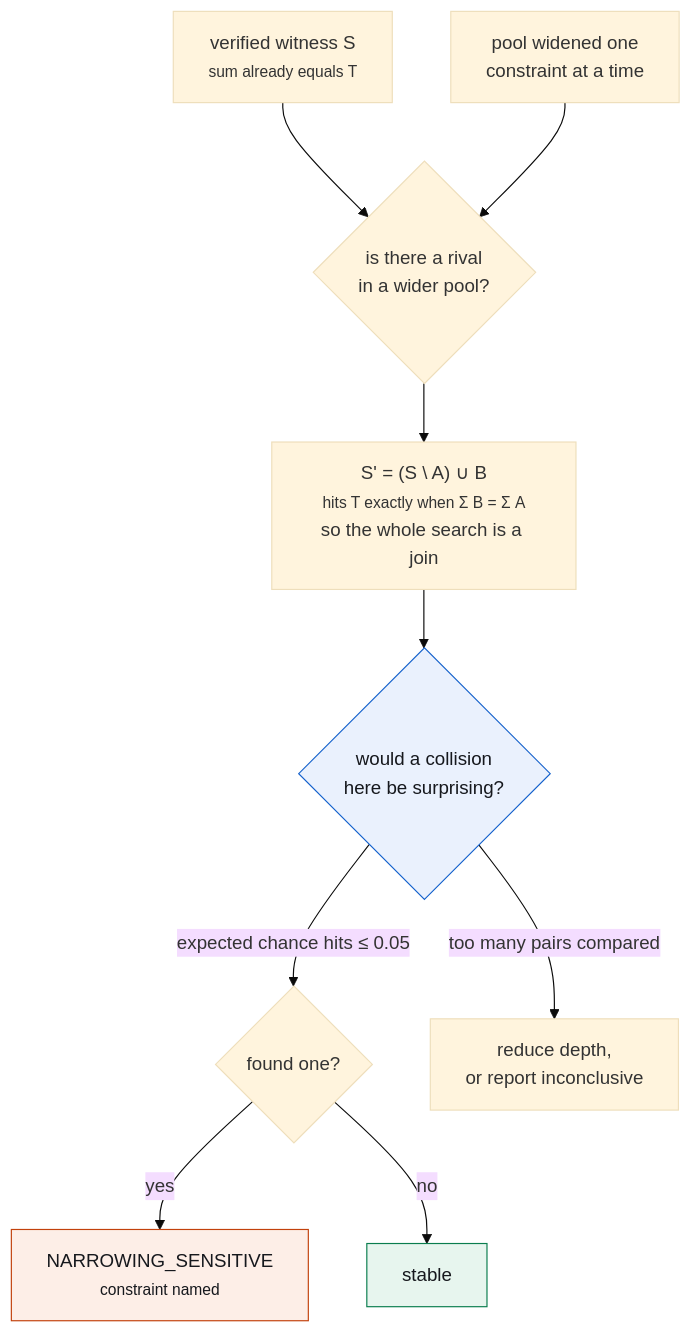
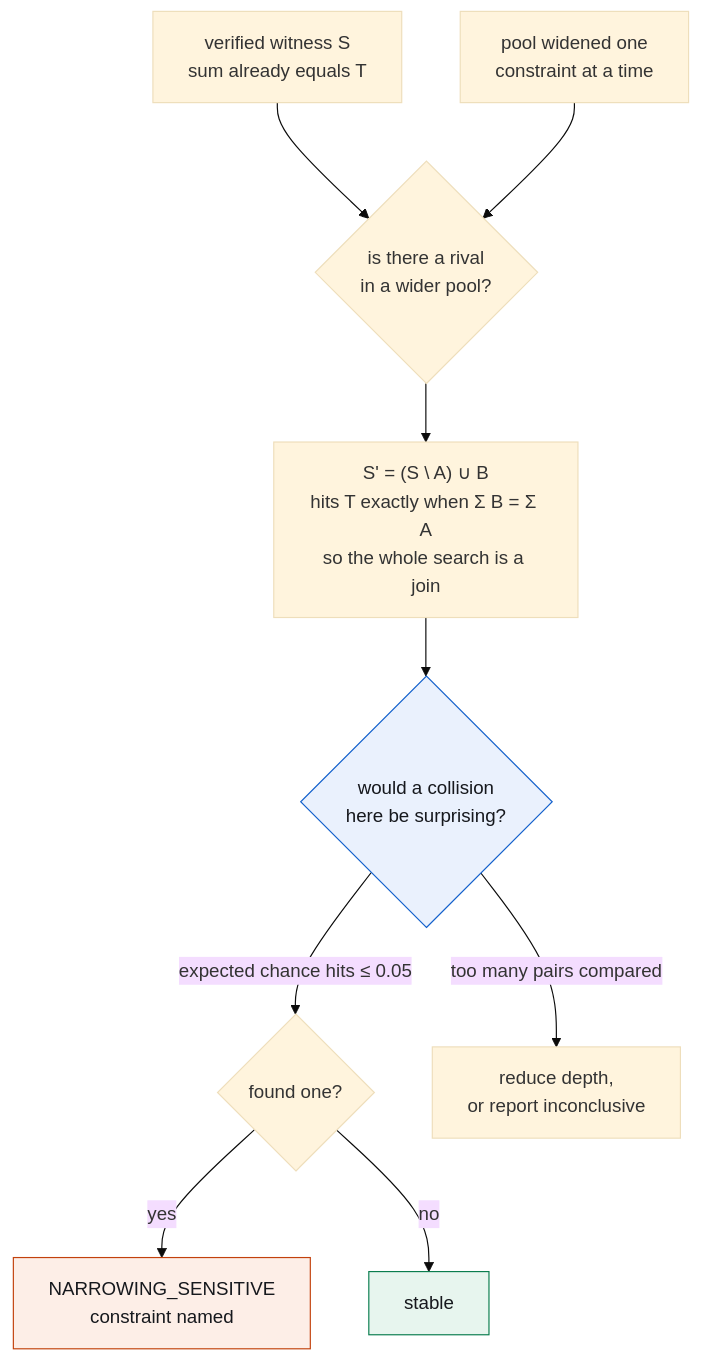
The diagram in docs/diagrams/design-3.mmd (Rishi0507/Manhattan), drawn with Mermaid (base theme) before and after one commit. The commit also changed 13 other files, not shown here.

Commit message:
drop the track number, untag mermaid labels, and settle the header mark

```diff
--- a/docs/diagrams/design-3.mmd
+++ b/docs/diagrams/design-3.mmd
@@ -1,12 +1,12 @@
 flowchart TB
-    W["verified witness S<br/><small>sum already equals T</small>"] --> Q{"is there a rival<br/>in a wider pool?"}
+    W["verified witness S<br/>sum already equals T"] --> Q{"is there a rival<br/>in a wider pool?"}
     P["pool widened one<br/>constraint at a time"] --> Q
-    Q --> J["S' = (S \ A) ∪ B<br/><small>hits T exactly when Σ B = Σ A</small><br/>so the whole search is a join"]
+    Q --> J["S' = (S \ A) ∪ B<br/>hits T exactly when Σ B = Σ A<br/>so the whole search is a join"]
     J --> FP{"would a collision<br/>here be surprising?"}
     FP -->|"expected chance hits ≤ 0.05"| DEC{"found one?"}
     FP -->|"too many pairs compared"| INC["reduce depth,<br/>or report inconclusive"]
-    DEC -->|yes| NS["NARROWING_SENSITIVE<br/><small>constraint named</small>"]
+    DEC -->|yes| NS["NARROWING_SENSITIVE<br/>constraint named"]
     DEC -->|no| OK["stable"]
     style NS fill:#fdeee7,stroke:#c2410c,color:#16181d
     style OK fill:#e7f5ee,stroke:#0a7d4e,color:#16181d
     style FP fill:#eaf1fd,stroke:#1461cc,color:#16181d
```
